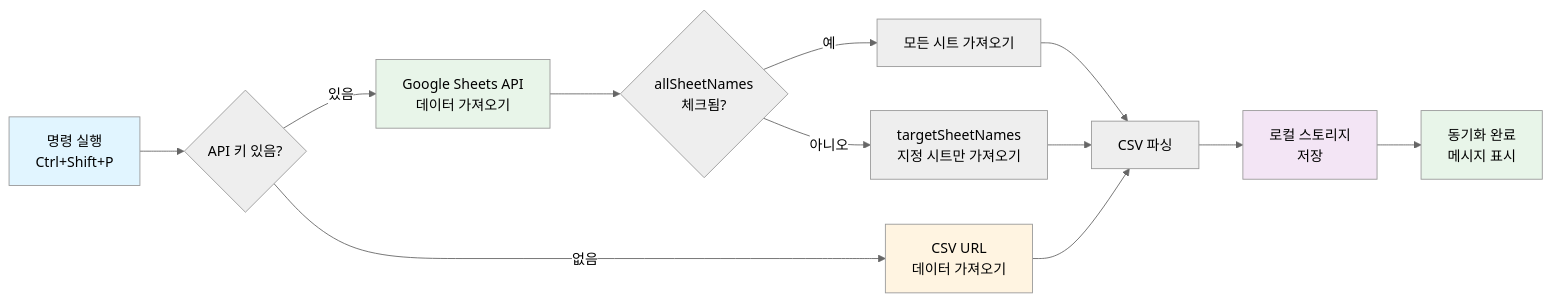
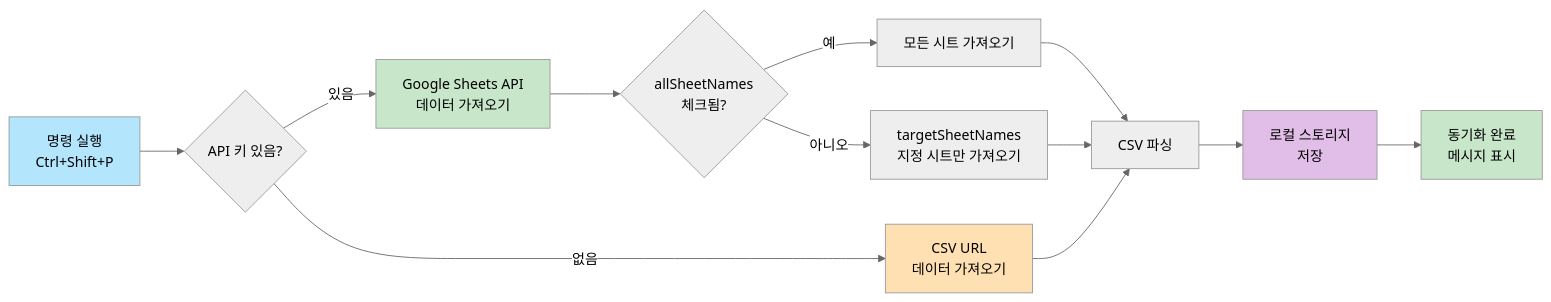
One commit to jinyDuo/sheet-global-hover-helper changed the third of 6 diagrams in README.ko.md. Above: the diagram before and after it, drawn with Mermaid (neutral theme). The commit also changed other lines of this file and 2 other files, not shown here.

Commit message:
feat: 플로우 차트 색상 조정

````diff
--- a/README.ko.md
+++ b/README.ko.md
@@ -103,22 +103,22 @@
 ```mermaid
 flowchart LR
     A[명령 실행<br/>Ctrl+Shift+P] --> B{API 키 있음?}
     B -->|있음| C[Google Sheets API<br/>데이터 가져오기]
     B -->|없음| D[CSV URL<br/>데이터 가져오기]
     
     C --> C1{allSheetNames<br/>체크됨?}
     C1 -->|예| C2[모든 시트 가져오기]
     C1 -->|아니오| C3[targetSheetNames<br/>지정 시트만 가져오기]
     C2 --> E[CSV 파싱]
     C3 --> E
     D --> E
     
     E --> F[로컬 스토리지<br/>저장]
     F --> G[동기화 완료<br/>메시지 표시]
     
-    style A fill:#e1f5ff
-    style C fill:#e8f5e9
-    style D fill:#fff4e1
-    style F fill:#f3e5f5
-    style G fill:#e8f5e9
+    style A fill:#b3e5fc,color:#000000
+    style C fill:#c8e6c9,color:#000000
+    style D fill:#ffe0b2,color:#000000
+    style F fill:#e1bee7,color:#000000
+    style G fill:#c8e6c9,color:#000000
 ```
````
